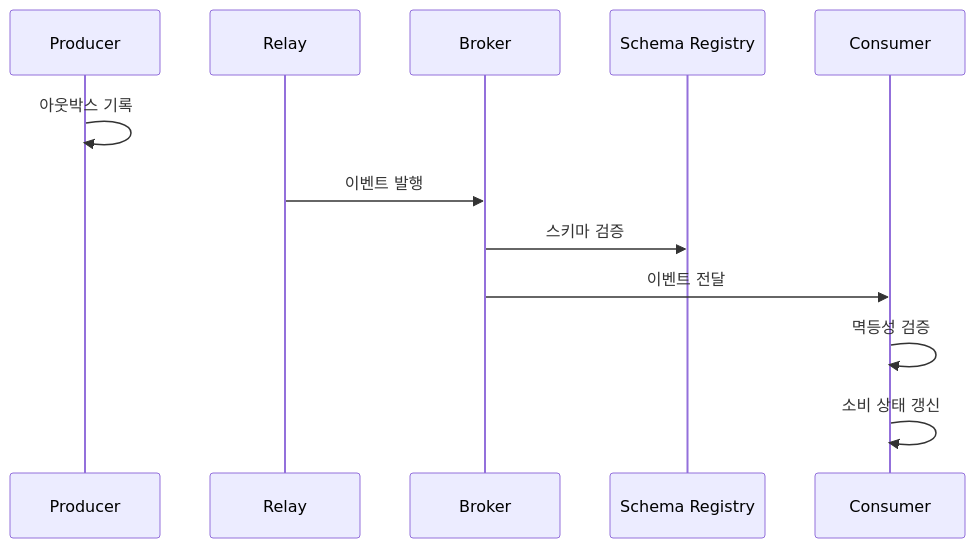
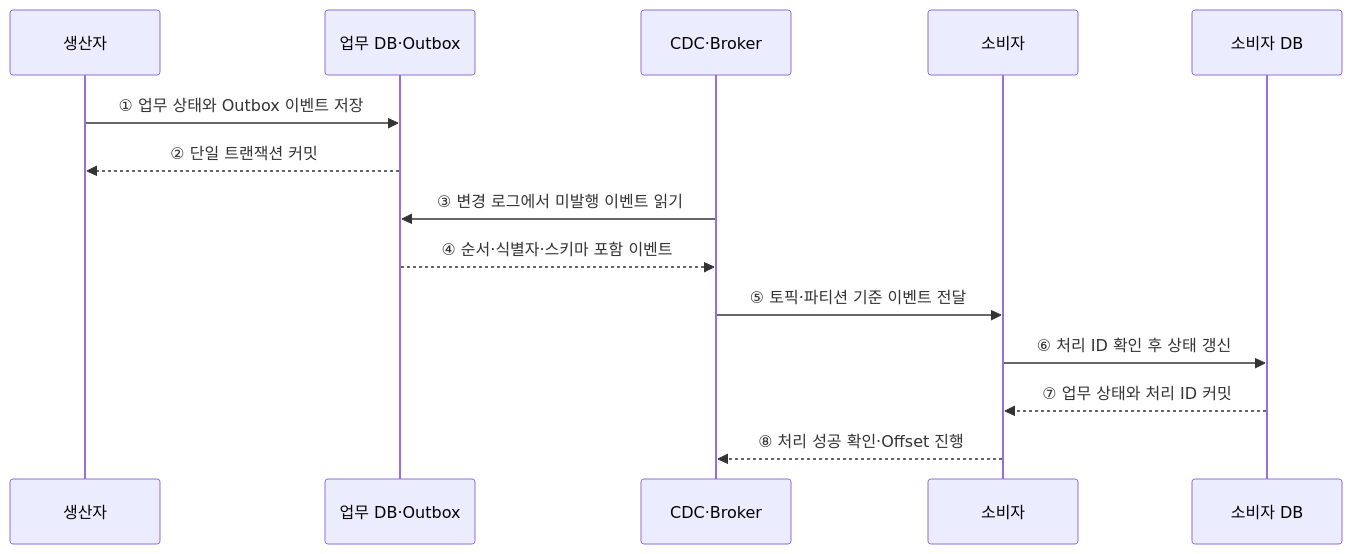
The second of 2 diagrams in src/content/docs/notes/03-software/175_event_driven_architecture.md (agnusdei1207/knowledge-base), drawn with Mermaid before and after one commit. The commit also changed other lines of this file and 20 other files, not shown here.

````diff
--- a/src/content/docs/notes/03-software/175_event_driven_architecture.md
+++ b/src/content/docs/notes/03-software/175_event_driven_architecture.md
@@ -92,14 +74,16 @@
 ```mermaid
 sequenceDiagram
-    participant P as Producer
-    participant L as Relay
-    participant B as Broker
-    participant R as Schema Registry
-    participant C as Consumer
-    P->>P: 아웃박스 기록
-    L->>B: 이벤트 발행
-    B->>R: 스키마 검증
-    B->>C: 이벤트 전달
-    C->>C: 멱등성 검증
-    C->>C: 소비 상태 갱신
+    participant P as 생산자
+    participant S as 업무 DB·Outbox
+    participant B as CDC·Broker
+    participant C as 소비자
+    participant D as 소비자 DB
+    P->>S: ① 업무 상태와 Outbox 이벤트 저장
+    S-->>P: ② 단일 트랜잭션 커밋
+    B->>S: ③ 변경 로그에서 미발행 이벤트 읽기
+    S-->>B: ④ 순서·식별자·스키마 포함 이벤트
+    B->>C: ⑤ 토픽·파티션 기준 이벤트 전달
+    C->>D: ⑥ 처리 ID 확인 후 상태 갱신
+    D-->>C: ⑦ 업무 상태와 처리 ID 커밋
+    C-->>B: ⑧ 처리 성공 확인·Offset 진행
 ```
````
